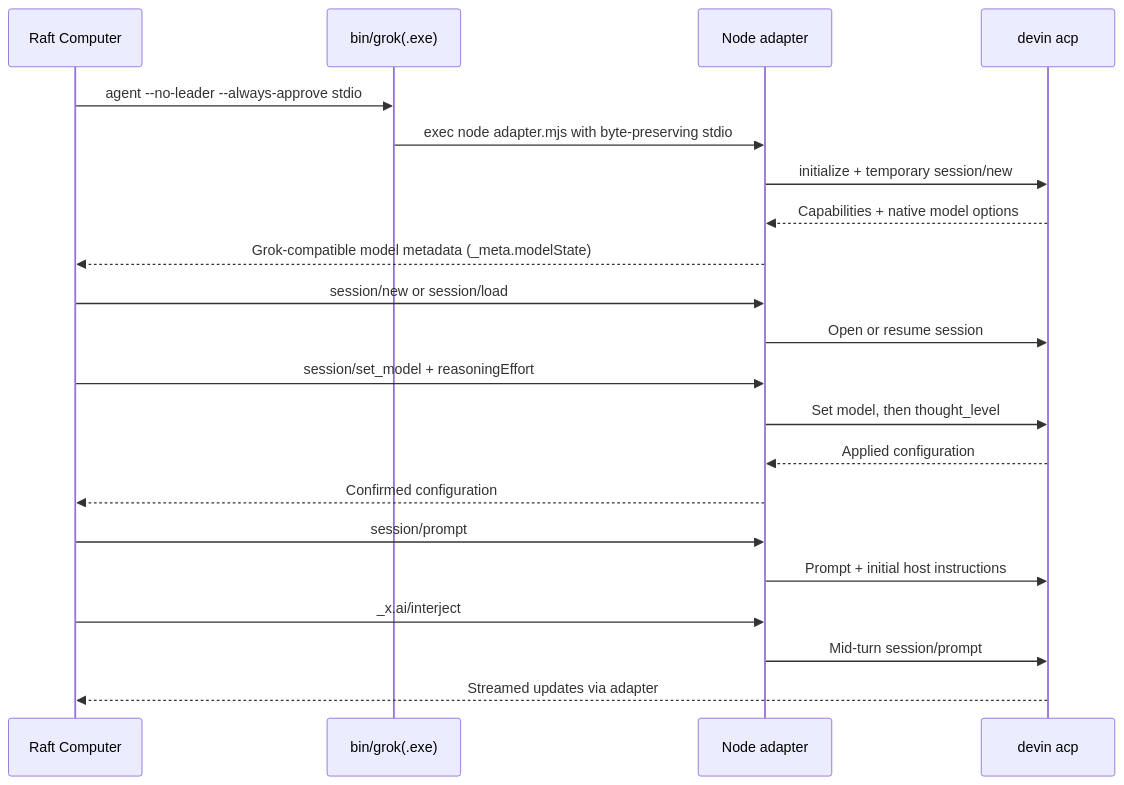
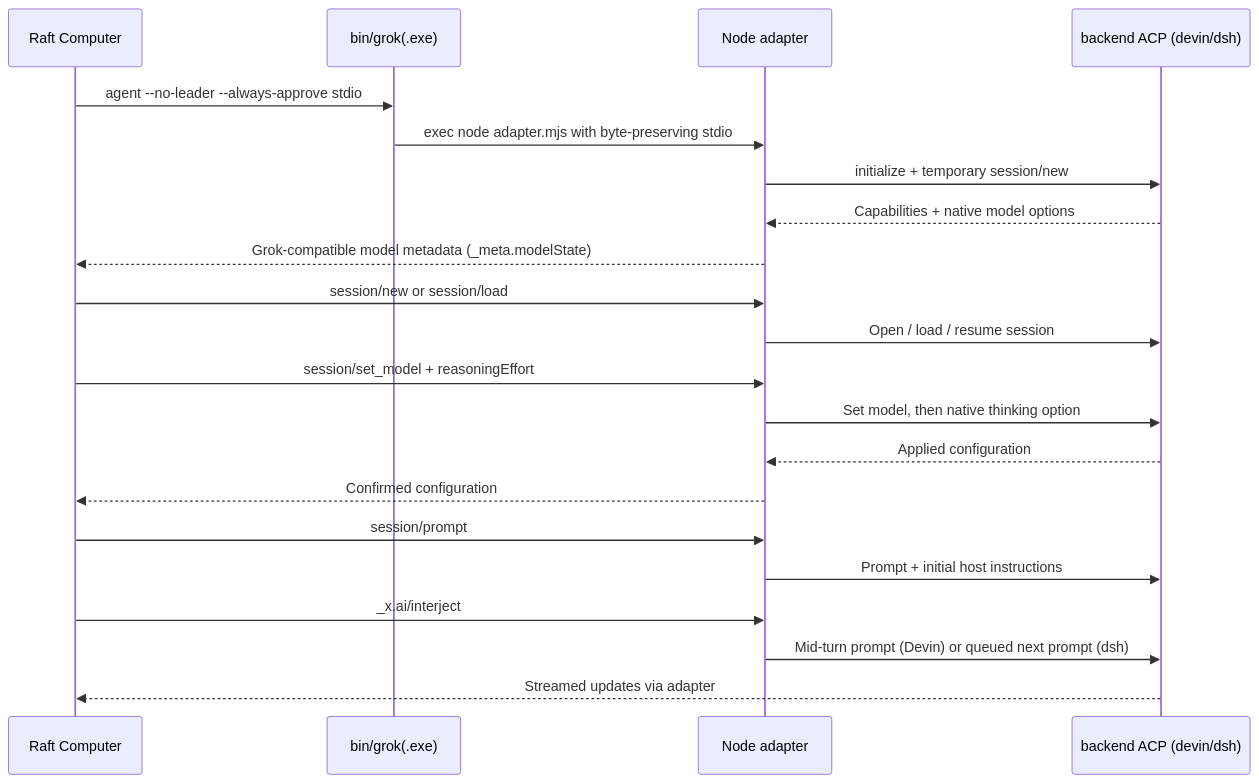
One commit to CST18057/raft-agent-adapter changed the diagram in docs/architecture.md. Above: the diagram before and after it, drawn with Mermaid. The commit also changed other lines of this file and 27 other files, not shown here.

````diff
--- a/docs/architecture.md
+++ b/docs/architecture.md
@@ -5,23 +5,23 @@
 ```mermaid
 sequenceDiagram
     participant R as Raft Computer
     participant L as bin/grok(.exe)
     participant A as Node adapter
-    participant D as devin acp
+    participant D as backend ACP (devin/dsh)
     R->>L: agent --no-leader --always-approve stdio
     L->>A: exec node adapter.mjs with byte-preserving stdio
     A->>D: initialize + temporary session/new
     D-->>A: Capabilities + native model options
     A-->>R: Grok-compatible model metadata (_meta.modelState)
     R->>A: session/new or session/load
-    A->>D: Open or resume session
+    A->>D: Open / load / resume session
     R->>A: session/set_model + reasoningEffort
-    A->>D: Set model, then thought_level
+    A->>D: Set model, then native thinking option
     D-->>A: Applied configuration
     A-->>R: Confirmed configuration
     R->>A: session/prompt
     A->>D: Prompt + initial host instructions
     R->>A: _x.ai/interject
-    A->>D: Mid-turn session/prompt
+    A->>D: Mid-turn prompt (Devin) or queued next prompt (dsh)
     D-->>R: Streamed updates via adapter
 ```
````
